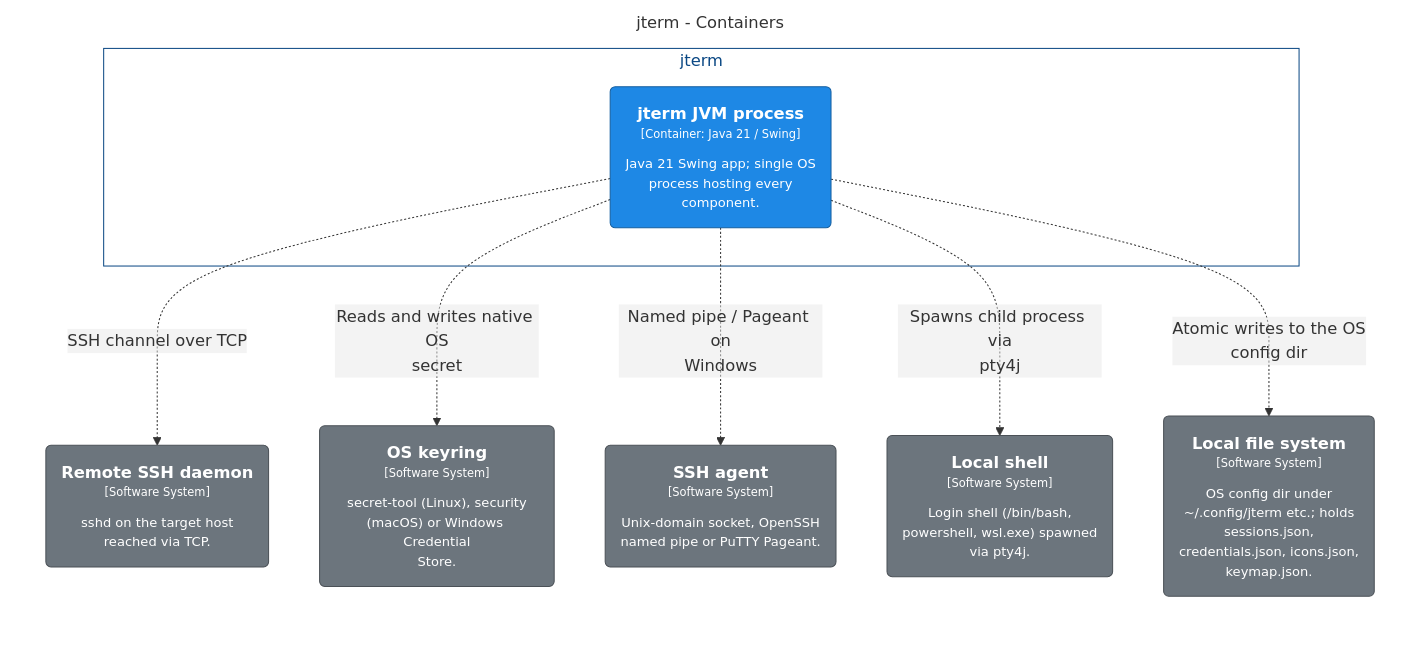
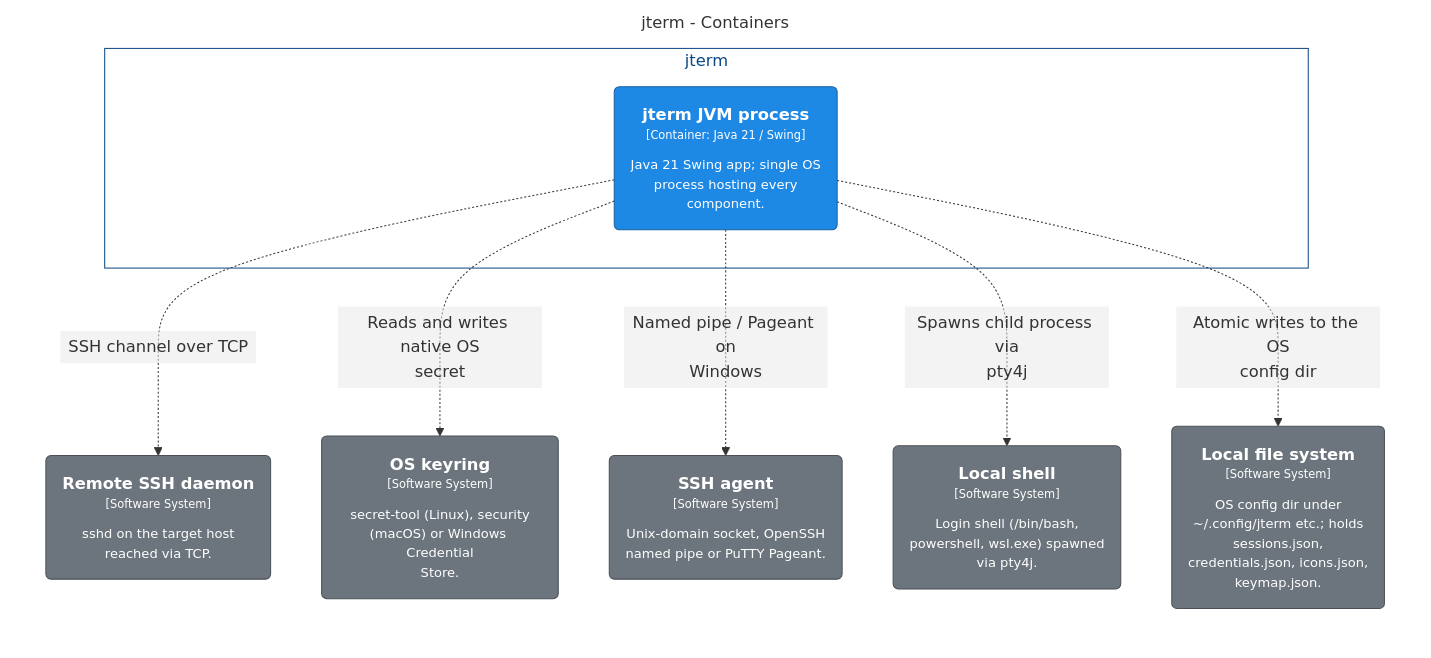
Before and after one commit to drecaise/jterm: the diagram in docs/architecture/model/generated/containers.mmd, drawn with Mermaid. The commit also changed 13 other files, not shown here.

Commit message:
Fixes to Architecture diagrams

```diff
--- a/docs/architecture/model/generated/containers.mmd
+++ b/docs/architecture/model/generated/containers.mmd
@@ -1,30 +1,35 @@
+---
+config:
+  flowchart:
+    padding: 16
+---
 %%{init: {'theme':'base','themeVariables':{'edgeLabelBackground':'transparent','lineColor':'#8b95a1','fontFamily':'-apple-system,BlinkMacSystemFont,"Segoe UI",Roboto,Helvetica,Arial,sans-serif','fontSize':'14px'},'flowchart':{'curve':'basis','useMaxWidth':true}}}%%
 graph LR
 
   subgraph diagram ["jterm - Containers"]
     style diagram fill:transparent,stroke:transparent
 
     2("<div style='font-weight: bold'>Remote SSH daemon</div><div style='font-size: 70%; margin-top: 0px'>[Software System]</div><div style='font-size: 80%; margin-top:10px'>sshd on the target host<br />reached via TCP.</div>")
     style 2 fill:#6c757d,stroke:#4b5157,color:#ffffff
     3("<div style='font-weight: bold'>OS keyring</div><div style='font-size: 70%; margin-top: 0px'>[Software System]</div><div style='font-size: 80%; margin-top:10px'>secret-tool (Linux), security<br />(macOS) or Windows Credential<br />Store.</div>")
     style 3 fill:#6c757d,stroke:#4b5157,color:#ffffff
     4("<div style='font-weight: bold'>SSH agent</div><div style='font-size: 70%; margin-top: 0px'>[Software System]</div><div style='font-size: 80%; margin-top:10px'>Unix-domain socket, OpenSSH<br />named pipe or PuTTY Pageant.</div>")
     style 4 fill:#6c757d,stroke:#4b5157,color:#ffffff
     5("<div style='font-weight: bold'>Local shell</div><div style='font-size: 70%; margin-top: 0px'>[Software System]</div><div style='font-size: 80%; margin-top:10px'>Login shell (/bin/bash,<br />powershell, wsl.exe) spawned<br />via pty4j.</div>")
     style 5 fill:#6c757d,stroke:#4b5157,color:#ffffff
     6("<div style='font-weight: bold'>Local file system</div><div style='font-size: 70%; margin-top: 0px'>[Software System]</div><div style='font-size: 80%; margin-top:10px'>OS config dir under<br />~/.config/jterm etc.; holds<br />sessions.json,<br />credentials.json, icons.json,<br />keymap.json.</div>")
     style 6 fill:#6c757d,stroke:#4b5157,color:#ffffff
 
     subgraph 7 [jterm]
       style 7 fill:transparent,stroke:#0b4884,color:#0b4884
 
       8("<div style='font-weight: bold'>jterm JVM process</div><div style='font-size: 70%; margin-top: 0px'>[Container: Java 21 / Swing]</div><div style='font-size: 80%; margin-top:10px'>Java 21 Swing app; single OS<br />process hosting every<br />component.</div>")
       style 8 fill:#1e88e5,stroke:#155fa0,color:#ffffff
     end
 
-    8-. "<div>Named pipe / Pageant on<br />Windows</div><div style='font-size: 70%'></div>" .->4
-    8-. "<div>Spawns child process via<br />pty4j</div><div style='font-size: 70%'></div>" .->5
-    8-. "<div>SSH channel over TCP</div><div style='font-size: 70%'></div>" .->2
-    8-. "<div>Reads and writes native OS<br />secret</div><div style='font-size: 70%'></div>" .->3
-    8-. "<div>Atomic writes to the OS<br />config dir</div><div style='font-size: 70%'></div>" .->6
+    8-. "<div style='padding:4px 8px'><div>SSH channel over TCP</div><div style='font-size: 70%'></div></div>" .->2
+    8-. "<div style='padding:4px 8px'><div>Reads and writes native OS<br />secret</div><div style='font-size: 70%'></div></div>" .->3
+    8-. "<div style='padding:4px 8px'><div>Named pipe / Pageant on<br />Windows</div><div style='font-size: 70%'></div></div>" .->4
+    8-. "<div style='padding:4px 8px'><div>Spawns child process via<br />pty4j</div><div style='font-size: 70%'></div></div>" .->5
+    8-. "<div style='padding:4px 8px'><div>Atomic writes to the OS<br />config dir</div><div style='font-size: 70%'></div></div>" .->6
   end
```
